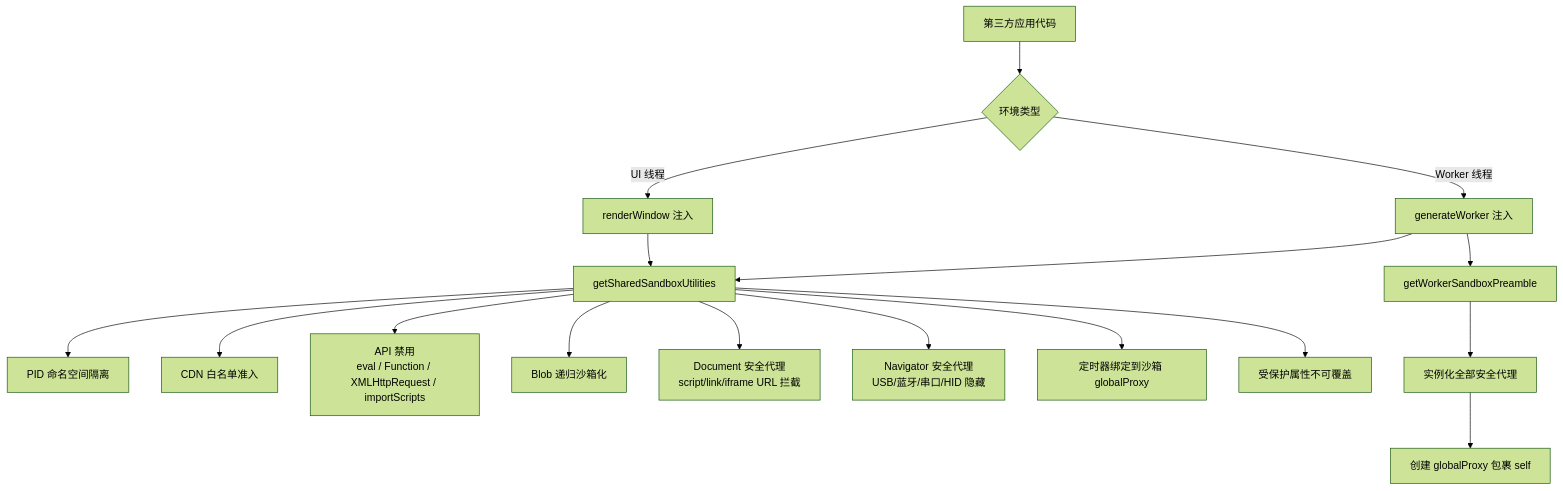
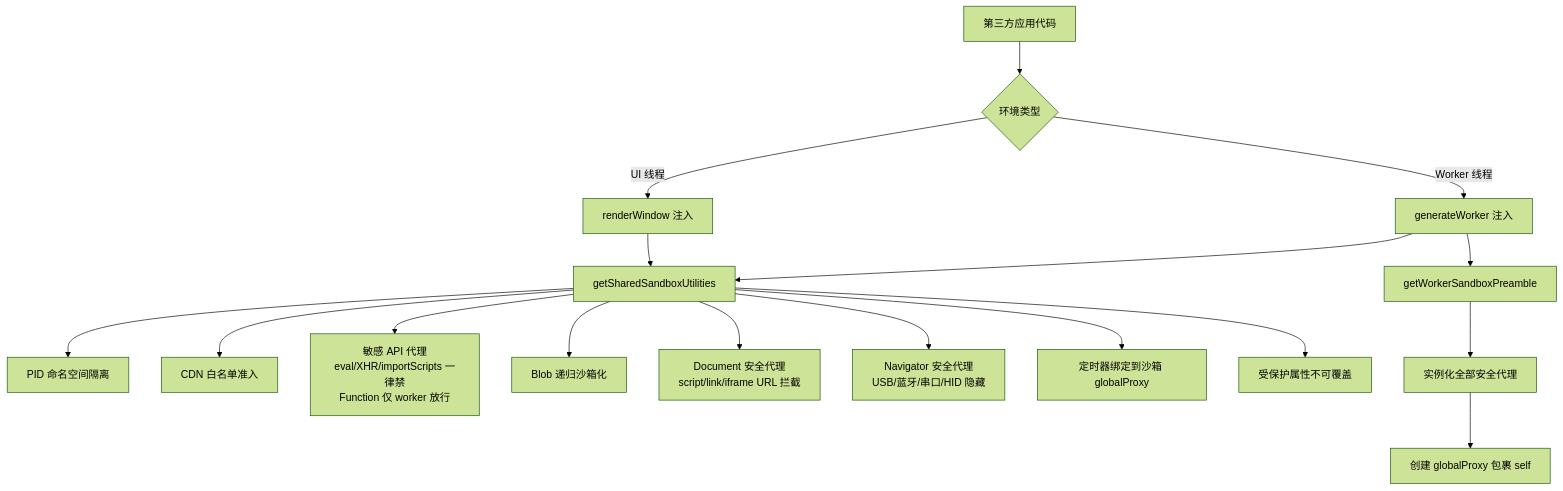
One commit to suluwanqing/sukinOS changed the second of 4 diagrams in docs/module/05-file-system-tools.md. Above: the diagram before and after it, drawn with Mermaid (forest theme). The commit also changed other lines of this file and 70 other files, not shown here.

````diff
--- a/docs/module/05-file-system-tools.md
+++ b/docs/module/05-file-system-tools.md
@@ -187,22 +195,22 @@
 ```mermaid
 flowchart TB
     A[第三方应用代码] --> B{环境类型}
     B -->|UI 线程| C[renderWindow 注入]
     B -->|Worker 线程| D[generateWorker 注入]
 
     C --> E[getSharedSandboxUtilities]
     D --> E
     D --> F[getWorkerSandboxPreamble]
 
     E --> G[PID 命名空间隔离]
     E --> H[CDN 白名单准入]
-    E --> I[API 禁用<br/>eval / Function / XMLHttpRequest / importScripts]
+    E --> I[敏感 API 代理<br/>eval/XHR/importScripts 一律禁<br/>Function 仅 worker 放行]
     E --> J[Blob 递归沙箱化]
     E --> K[Document 安全代理<br/>script/link/iframe URL 拦截]
     E --> L[Navigator 安全代理<br/>USB/蓝牙/串口/HID 隐藏]
     E --> M[定时器绑定到沙箱 globalProxy]
     E --> N[受保护属性不可覆盖]
 
     F --> O[实例化全部安全代理]
     O --> P[创建 globalProxy 包裹 self]
 ```
````
